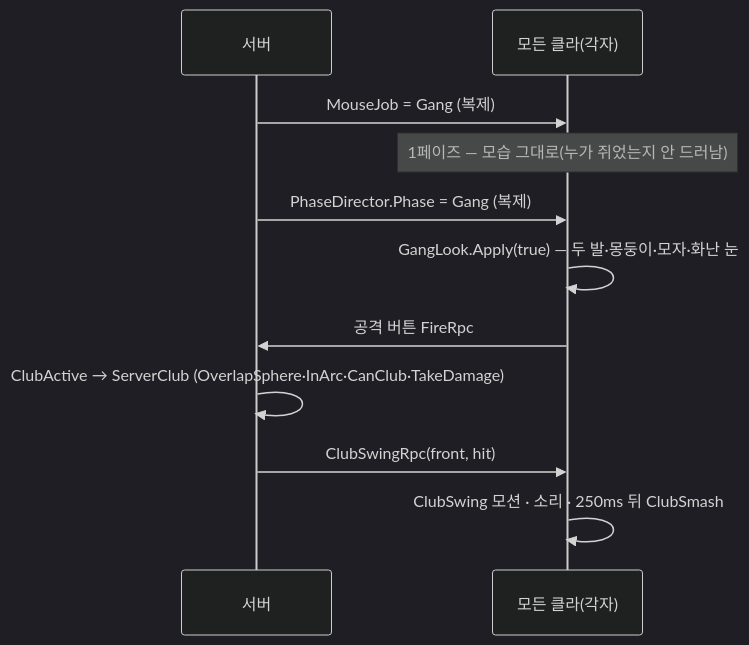
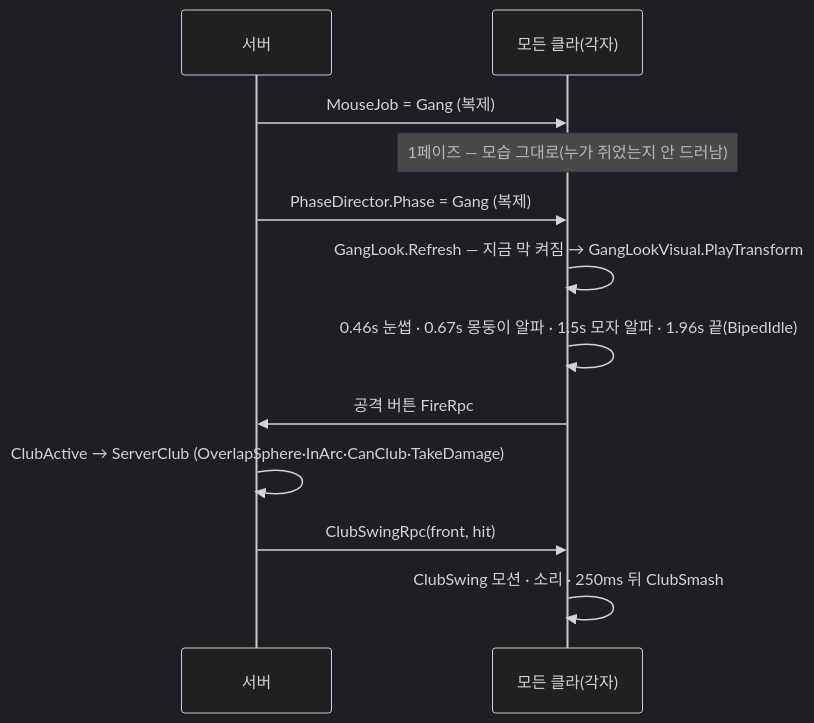
One commit to JeahanPark/The-Cheese-Thief-and-the-Cat changed diagram 60 of 60 in CTC/docs/design-vault/코드 다이어그램.md. Above: the diagram before and after it, drawn with Mermaid (dark theme). The commit also changed other lines of this file and 44 other files, not shown here.

````diff
--- a/CTC/docs/design-vault/코드 다이어그램.md
+++ b/CTC/docs/design-vault/코드 다이어그램.md
@@ -3518,13 +3547,14 @@
 ```mermaid
 sequenceDiagram
   participant S as 서버
   participant C as 모든 클라(각자)
   S->>C: MouseJob = Gang (복제)
   Note over C: 1페이즈 — 모습 그대로(누가 쥐었는지 안 드러남)
   S->>C: PhaseDirector.Phase = Gang (복제)
-  C->>C: GangLook.Apply(true) — 두 발·몽둥이·모자·화난 눈
+  C->>C: GangLook.Refresh — 지금 막 켜짐 → GangLookVisual.PlayTransform
+  C->>C: 0.46s 눈썹 · 0.67s 몽둥이 알파 · 1.5s 모자 알파 · 1.96s 끝(BipedIdle)
   C->>S: 공격 버튼 FireRpc
   S->>S: ClubActive → ServerClub (OverlapSphere·InArc·CanClub·TakeDamage)
   S->>C: ClubSwingRpc(front, hit)
   C->>C: ClubSwing 모션 · 소리 · 250ms 뒤 ClubSmash
 ```
````
